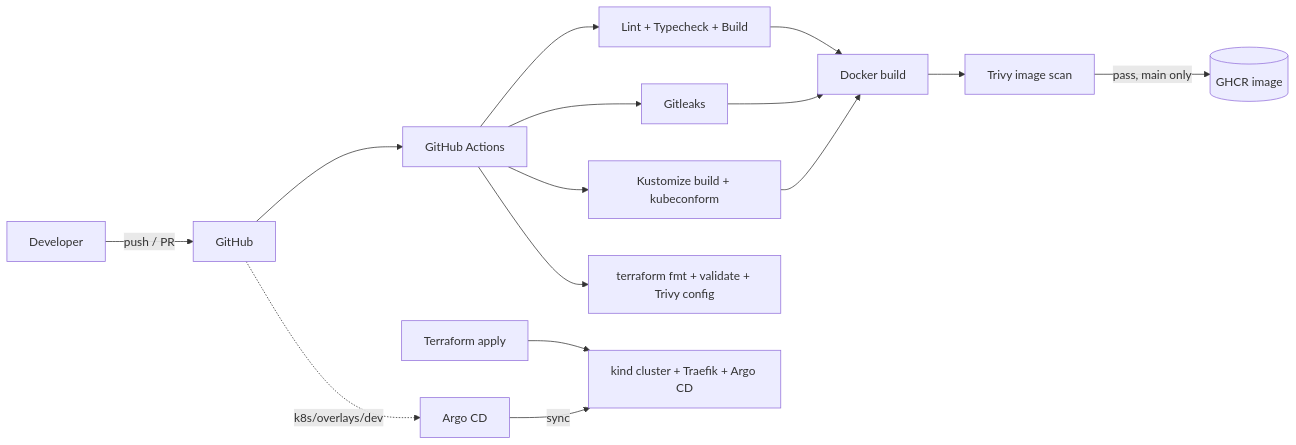
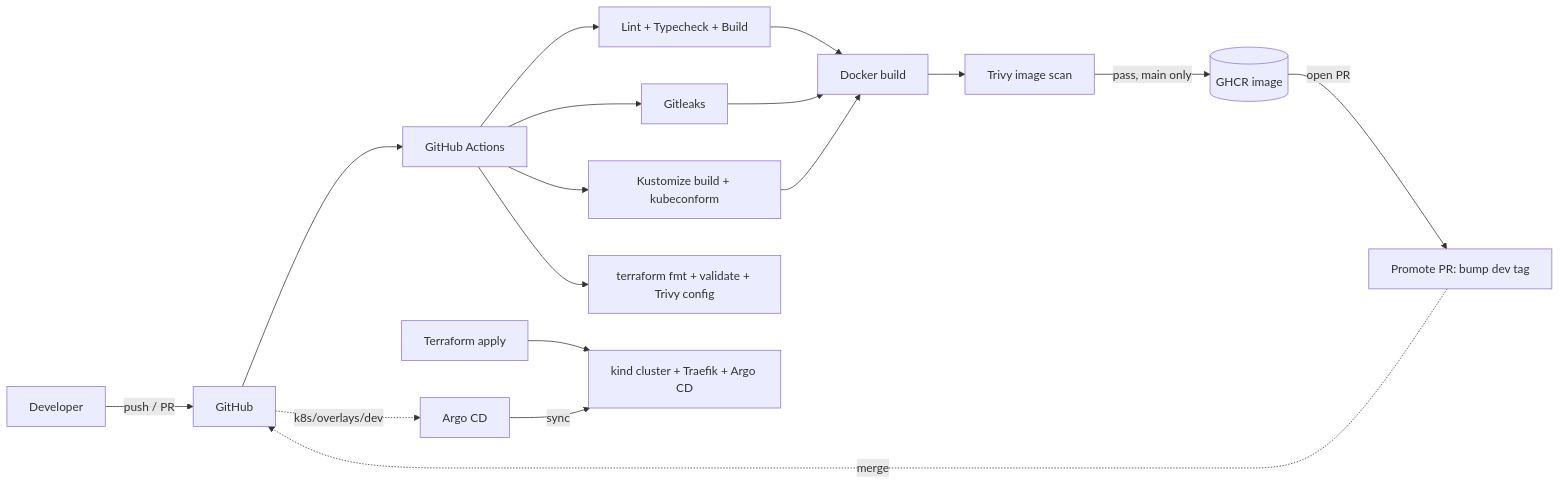
The diagram in README.md (rickyrohaendi12/ricky-rohaendi-portfolio), drawn with Mermaid before and after one commit. The commit also changed other lines of this file, not shown here.

````diff
--- a/README.md
+++ b/README.md
@@ -58,17 +58,19 @@
 ```mermaid
 flowchart LR
   Dev[Developer] -->|push / PR| GH[GitHub]
   GH --> CI[GitHub Actions]
   CI --> T[Lint + Typecheck + Build]
   CI --> S[Gitleaks]
   CI --> K[Kustomize build + kubeconform]
   CI --> TF[terraform fmt + validate + Trivy config]
   T --> D[Docker build]
   S --> D
   K --> D
   D --> V[Trivy image scan]
   V -->|pass, main only| R[(GHCR image)]
+  R -->|open PR| P[Promote PR: bump dev tag]
+  P -.->|merge| GH
   TFA[Terraform apply] --> C[kind cluster + Traefik + Argo CD]
   GH -.->|k8s/overlays/dev| A[Argo CD]
   A -->|sync| C
 ```
````
